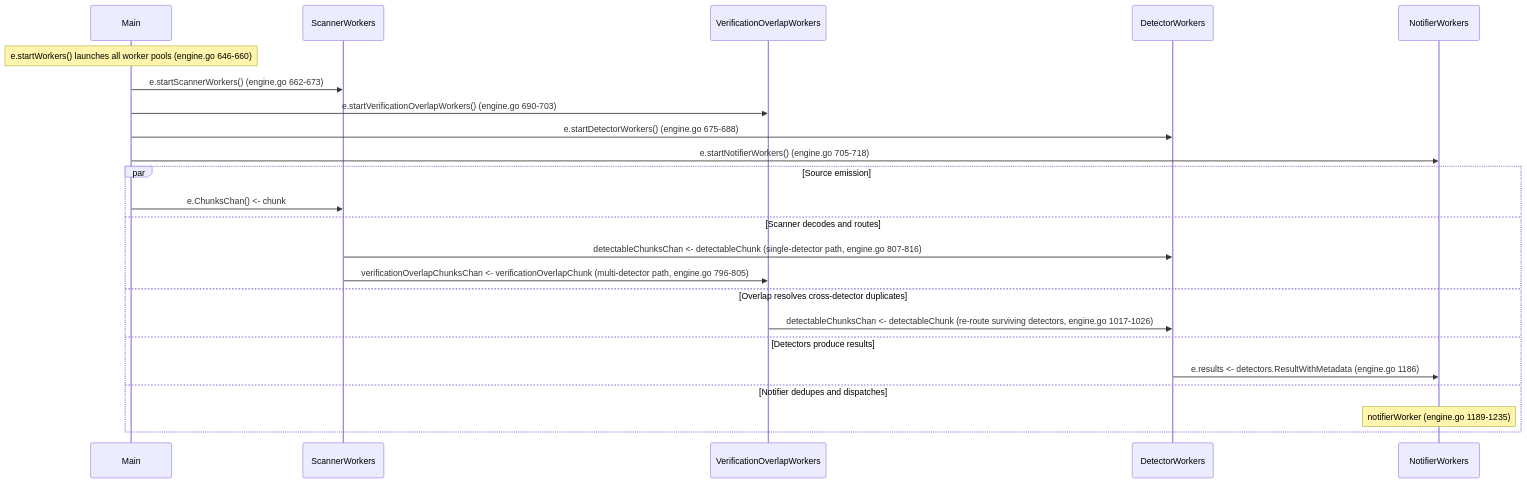
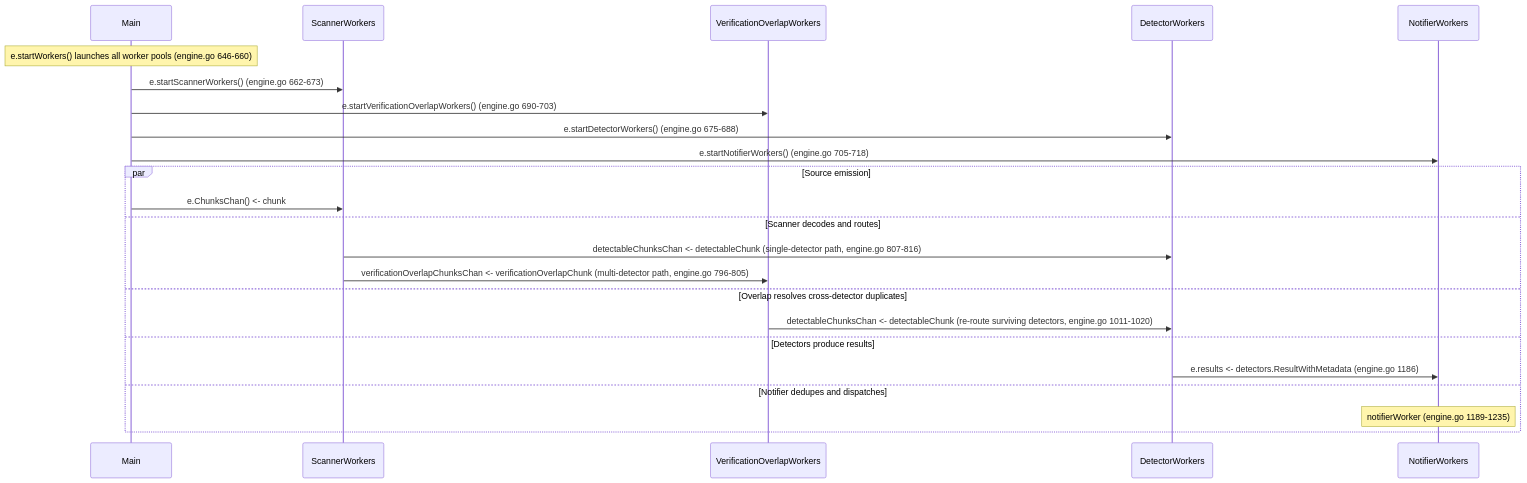
Before and after one commit to blitzy-research/trufflehog: the second of 3 diagrams in blitzy/documentation/trufflehog_e42153d44a5e.md, drawn with Mermaid. The commit also changed other lines of this file, not shown here.

````diff
--- a/blitzy/documentation/trufflehog_e42153d44a5e.md
+++ b/blitzy/documentation/trufflehog_e42153d44a5e.md
@@ -74,27 +74,27 @@
 ```mermaid
 sequenceDiagram
     participant Main
     participant ScannerWorkers
     participant VerificationOverlapWorkers
     participant DetectorWorkers
     participant NotifierWorkers
 
     Note over Main: e.startWorkers() launches all worker pools (engine.go 646-660)
     Main->>ScannerWorkers: e.startScannerWorkers() (engine.go 662-673)
     Main->>VerificationOverlapWorkers: e.startVerificationOverlapWorkers() (engine.go 690-703)
     Main->>DetectorWorkers: e.startDetectorWorkers() (engine.go 675-688)
     Main->>NotifierWorkers: e.startNotifierWorkers() (engine.go 705-718)
 
     par Source emission
         Main->>ScannerWorkers: e.ChunksChan() <- chunk
     and Scanner decodes and routes
         ScannerWorkers->>DetectorWorkers: detectableChunksChan <- detectableChunk (single-detector path, engine.go 807-816)
         ScannerWorkers->>VerificationOverlapWorkers: verificationOverlapChunksChan <- verificationOverlapChunk (multi-detector path, engine.go 796-805)
     and Overlap resolves cross-detector duplicates
-        VerificationOverlapWorkers->>DetectorWorkers: detectableChunksChan <- detectableChunk (re-route surviving detectors, engine.go 1017-1026)
+        VerificationOverlapWorkers->>DetectorWorkers: detectableChunksChan <- detectableChunk (re-route surviving detectors, engine.go 1011-1020)
     and Detectors produce results
         DetectorWorkers->>NotifierWorkers: e.results <- detectors.ResultWithMetadata (engine.go 1186)
     and Notifier dedupes and dispatches
         Note over NotifierWorkers: notifierWorker (engine.go 1189-1235)
     end
 ```
````
